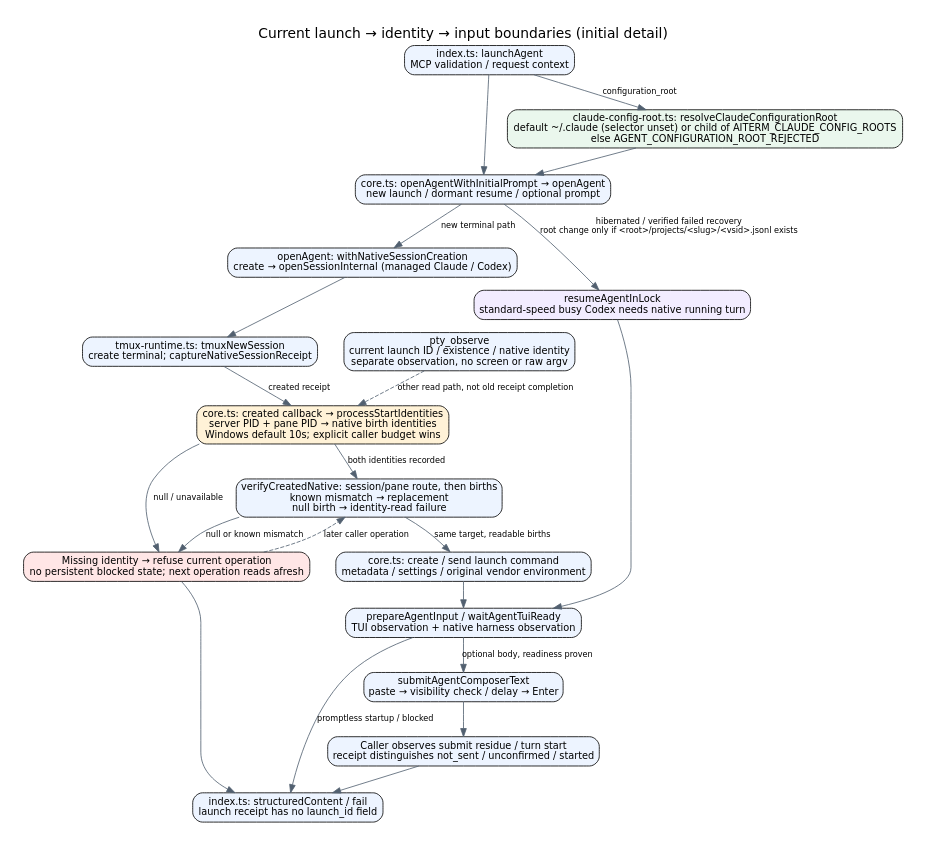
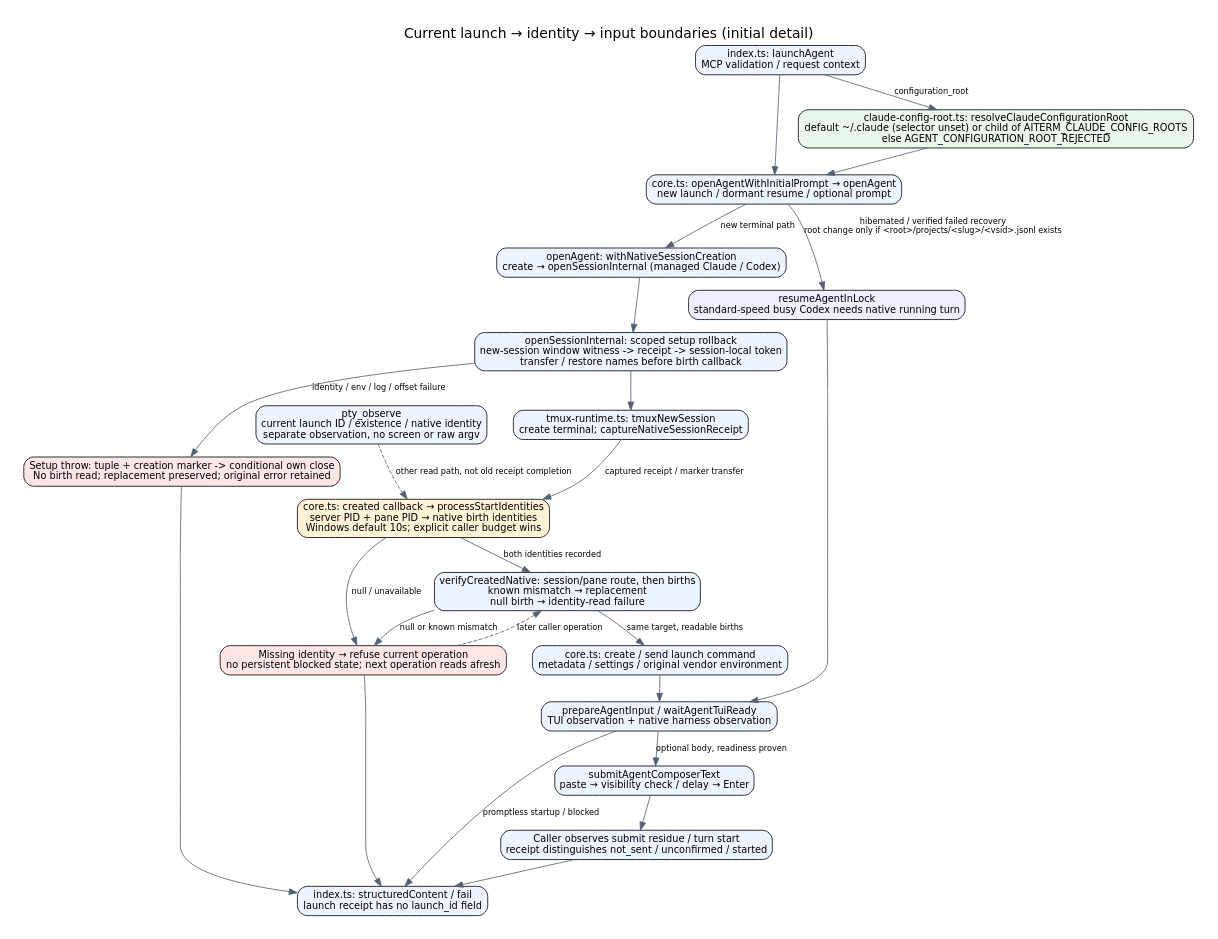
Before and after one commit to kitepon/aiterm-mcp: the diagram in docs/architecture/launch-identity-input.dot, drawn with Graphviz. The commit also changed 13 other files, not shown here.

First line of the commit message:
Close the session a failed managed launch created

```diff
--- a/docs/architecture/launch-identity-input.dot
+++ b/docs/architecture/launch-identity-input.dot
@@ -1,31 +1,35 @@
 digraph launch {
  graph [rankdir=TB,bgcolor="white",pad=0.3,nodesep=0.45,ranksep=0.45,label="Current launch → identity → input boundaries (initial detail)",labelloc=t,fontname="DejaVu Sans",fontsize=17];
  node [shape=box,style="rounded,filled",fillcolor="#edf4ff",fontname="DejaVu Sans",fontsize=12];
  edge [fontname="DejaVu Sans",fontsize=10,color="#526070"];
  request [label="index.ts: launchAgent\nMCP validation / request context"];
  root [label="claude-config-root.ts: resolveClaudeConfigurationRoot\ndefault ~/.claude (selector unset) or child of AITERM_CLAUDE_CONFIG_ROOTS\nelse AGENT_CONFIGURATION_ROOT_REJECTED",fillcolor="#eaf7ed"];
  entry [label="core.ts: openAgentWithInitialPrompt → openAgent\nnew launch / dormant resume / optional prompt"];
  create [label="openAgent: withNativeSessionCreation\ncreate → openSessionInternal (managed Claude / Codex)"];
  mux [label="tmux-runtime.ts: tmuxNewSession\ncreate terminal; captureNativeSessionReceipt"];
  identity [label="core.ts: created callback → processStartIdentities\nserver PID + pane PID → native birth identities\nWindows default 10s; explicit caller budget wins",fillcolor="#fff2d7"];
  verify [label="verifyCreatedNative: session/pane route, then births\nknown mismatch → replacement\nnull birth → identity-read failure"];
  fail [label="Missing identity → refuse current operation\nno persistent blocked state; next operation reads afresh",fillcolor="#ffe6e6"];
  launch [label="core.ts: create / send launch command\nmetadata / settings / original vendor environment"];
  ready [label="prepareAgentInput / waitAgentTuiReady\nTUI observation + native harness observation"];
  resume [label="resumeAgentInLock\nstandard-speed busy Codex needs native running turn",fillcolor="#f2ecff"];
  input [label="submitAgentComposerText\npaste → visibility check / delay → Enter"];
  after [label="Caller observes submit residue / turn start\nreceipt distinguishes not_sent / unconfirmed / started"];
  receipt [label="index.ts: structuredContent / fail\nlaunch receipt has no launch_id field"];
  observe [label="pty_observe\ncurrent launch ID / existence / native identity\nseparate observation, no screen or raw argv"];
  request -> root [label="configuration_root"];root -> entry;request -> entry;entry -> create [label="new terminal path"];entry -> resume [label="hibernated / verified failed recovery\nroot change only if <root>/projects/<slug>/<vsid>.jsonl exists"];
- create -> mux;mux -> identity [label="created receipt"];
+ setup [label="openSessionInternal: scoped setup rollback\nnew-session window witness -> receipt -> session-local token\ntransfer / restore names before birth callback"];
+ rollback_setup [label="Setup throw: tuple + creation marker -> conditional own close\nNo birth read; replacement preserved; original error retained",fillcolor="#ffe6e6"];
+ create -> setup;setup -> mux;mux -> identity [label="captured receipt / marker transfer"];
+ setup -> rollback_setup [label="identity / env / log / offset failure"];
+ rollback_setup -> receipt;
  identity -> fail [label="null / unavailable"];fail -> receipt;
  identity -> verify [label="both identities recorded"];
  verify -> launch [label="same target, readable births"];
  verify -> fail [label="null or known mismatch"];
  fail -> verify [label="later caller operation",style=dashed];
  launch -> ready;resume -> ready;ready -> input [label="optional body, readiness proven"];
  ready -> receipt [label="promptless startup / blocked"];
  input -> after;after -> receipt;
  observe -> identity [label="other read path, not old receipt completion",style=dashed];
 }
```
